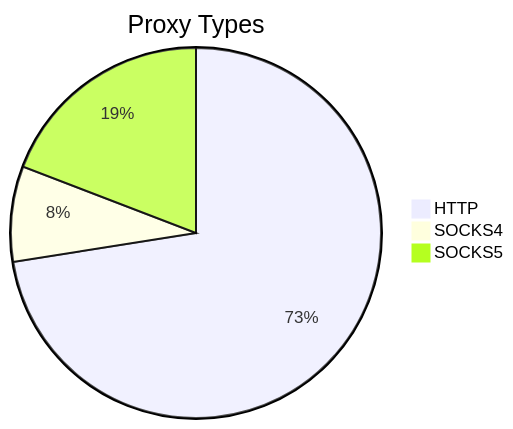
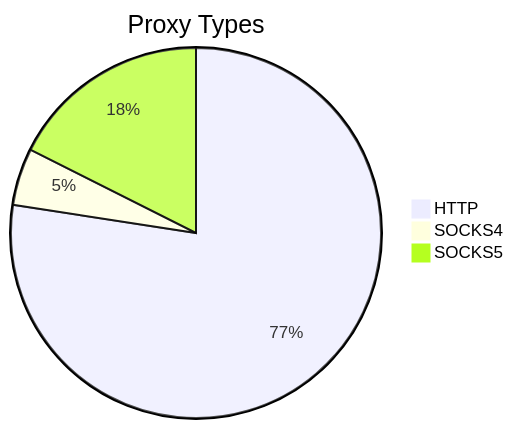
One commit to stormsia/proxy-list changed the first of 2 diagrams in README.md. Above: the diagram before and after it, drawn with Mermaid. The commit also changed other lines of this file, not shown here.

````diff
--- a/README.md
+++ b/README.md
@@ -21,6 +21,6 @@
 ```mermaid
 pie title Proxy Types
-    "HTTP" : 261
-    "SOCKS4" : 30
-    "SOCKS5" : 69
+    "HTTP" : 326
+    "SOCKS4" : 21
+    "SOCKS5" : 74
 ```
````
